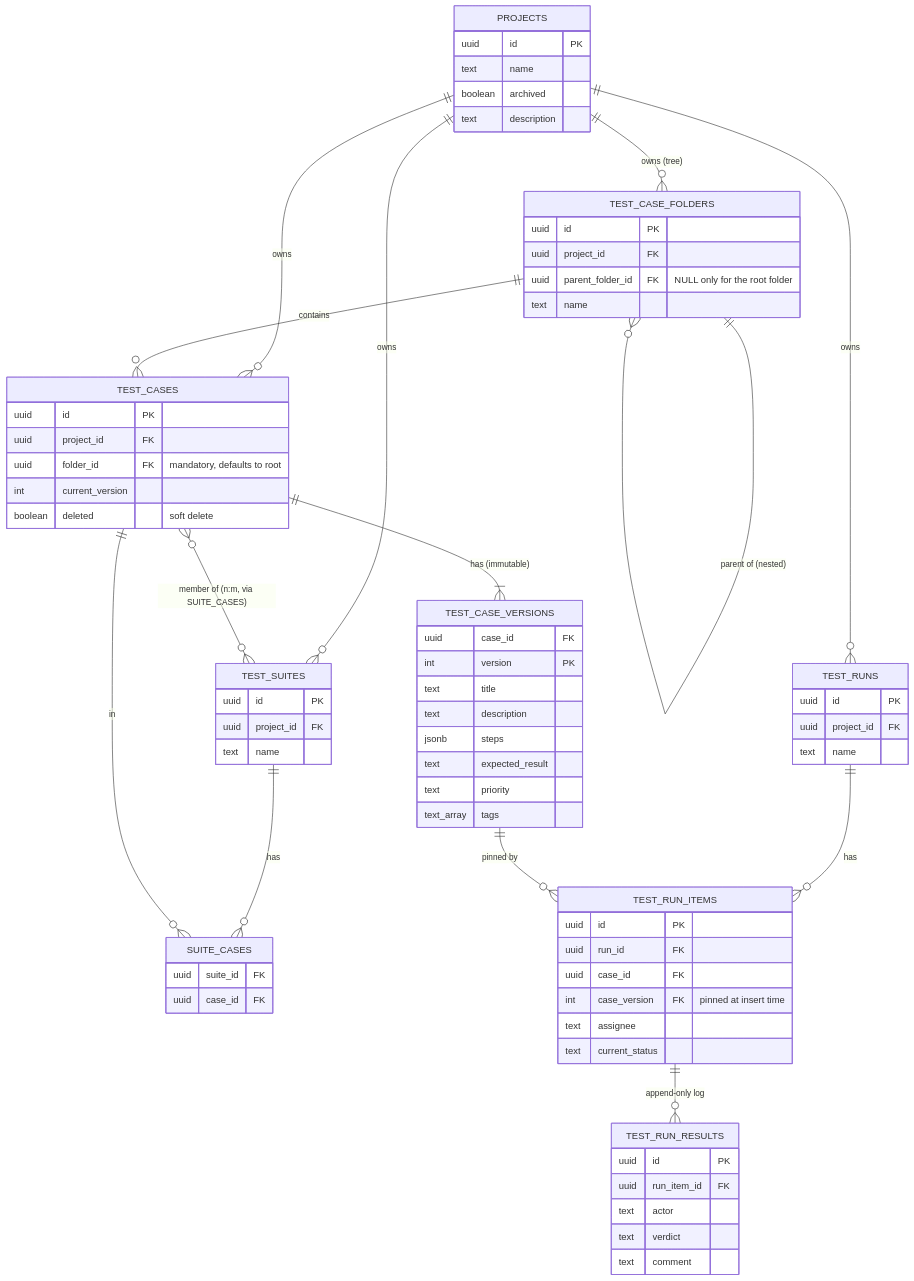
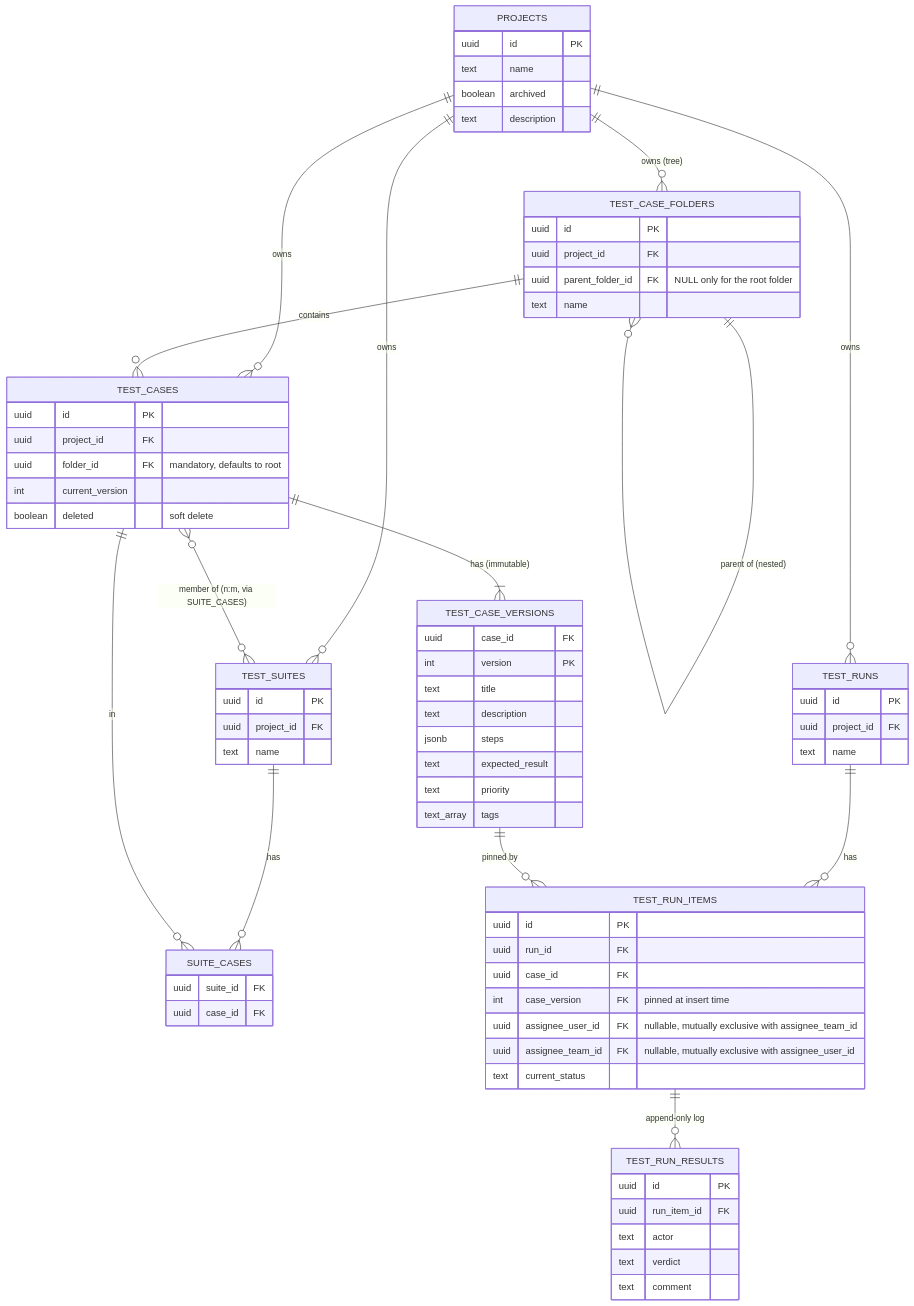
One commit to Barayo/TestPulse changed the diagram in docs/database.md. Above: the diagram before and after it, drawn with Mermaid. The commit also changed other lines of this file and 28 other files, not shown here.

First line of the commit message:
feat(api,web): link run item assignee to a real user/team identity

````diff
--- a/docs/database.md
+++ b/docs/database.md
@@ -13,79 +13,80 @@
 ```mermaid
 erDiagram
     PROJECTS ||--o{ TEST_CASE_FOLDERS : "owns (tree)"
     PROJECTS ||--o{ TEST_CASES : owns
     PROJECTS ||--o{ TEST_SUITES : owns
     PROJECTS ||--o{ TEST_RUNS : owns
 
     TEST_CASE_FOLDERS ||--o{ TEST_CASE_FOLDERS : "parent of (nested)"
     TEST_CASE_FOLDERS ||--o{ TEST_CASES : contains
 
     TEST_CASES ||--|{ TEST_CASE_VERSIONS : "has (immutable)"
     TEST_CASES }o--o{ TEST_SUITES : "member of (n:m, via SUITE_CASES)"
 
     TEST_SUITES ||--o{ SUITE_CASES : has
     TEST_CASES ||--o{ SUITE_CASES : "in"
 
     TEST_RUNS ||--o{ TEST_RUN_ITEMS : has
     TEST_CASE_VERSIONS ||--o{ TEST_RUN_ITEMS : "pinned by"
     TEST_RUN_ITEMS ||--o{ TEST_RUN_RESULTS : "append-only log"
 
     PROJECTS {
         uuid id PK
         text name
         boolean archived
         text description
     }
     TEST_CASE_FOLDERS {
         uuid id PK
         uuid project_id FK
         uuid parent_folder_id FK "NULL only for the root folder"
         text name
     }
     TEST_CASES {
         uuid id PK
         uuid project_id FK
         uuid folder_id FK "mandatory, defaults to root"
         int current_version
         boolean deleted "soft delete"
     }
     TEST_CASE_VERSIONS {
         uuid case_id FK
         int version PK
         text title
         text description
         jsonb steps
         text expected_result
         text priority
         text_array tags
     }
     TEST_SUITES {
         uuid id PK
         uuid project_id FK
         text name
     }
     SUITE_CASES {
         uuid suite_id FK
         uuid case_id FK
     }
     TEST_RUNS {
         uuid id PK
         uuid project_id FK
         text name
     }
     TEST_RUN_ITEMS {
         uuid id PK
         uuid run_id FK
         uuid case_id FK
         int case_version FK "pinned at insert time"
-        text assignee
+        uuid assignee_user_id FK "nullable, mutually exclusive with assignee_team_id"
+        uuid assignee_team_id FK "nullable, mutually exclusive with assignee_user_id"
         text current_status
     }
     TEST_RUN_RESULTS {
         uuid id PK
         uuid run_item_id FK
         text actor
         text verdict
         text comment
     }
 ```
````
